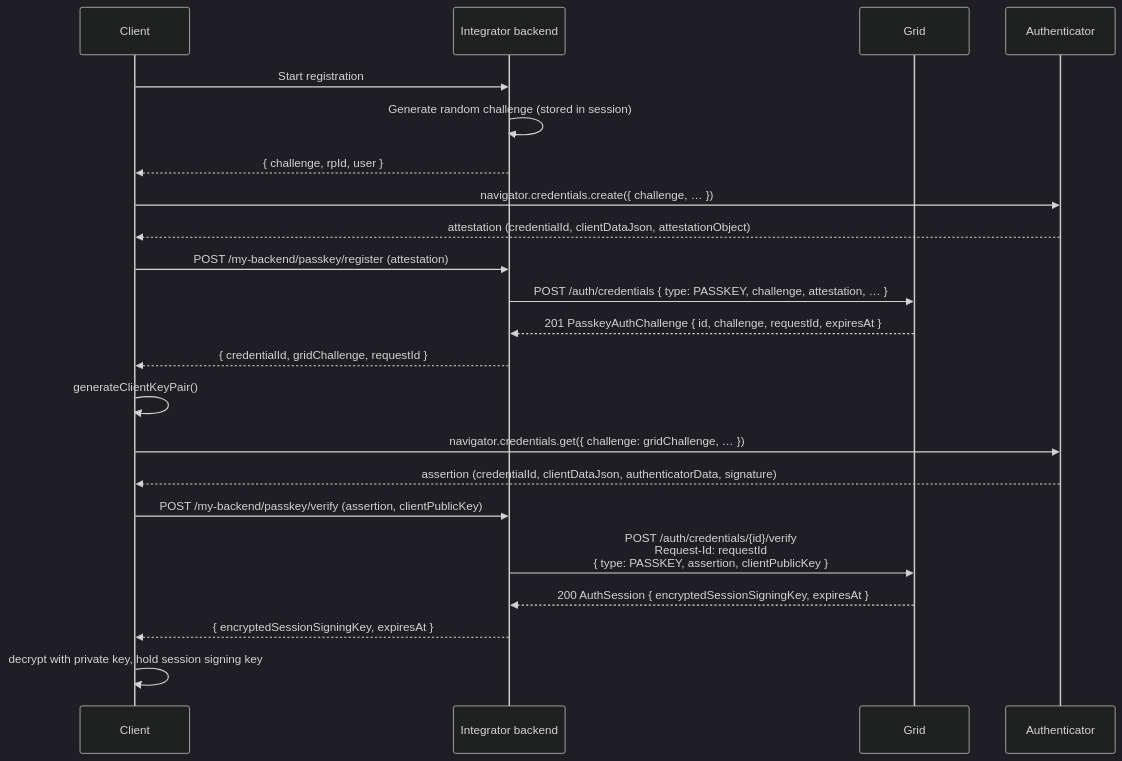
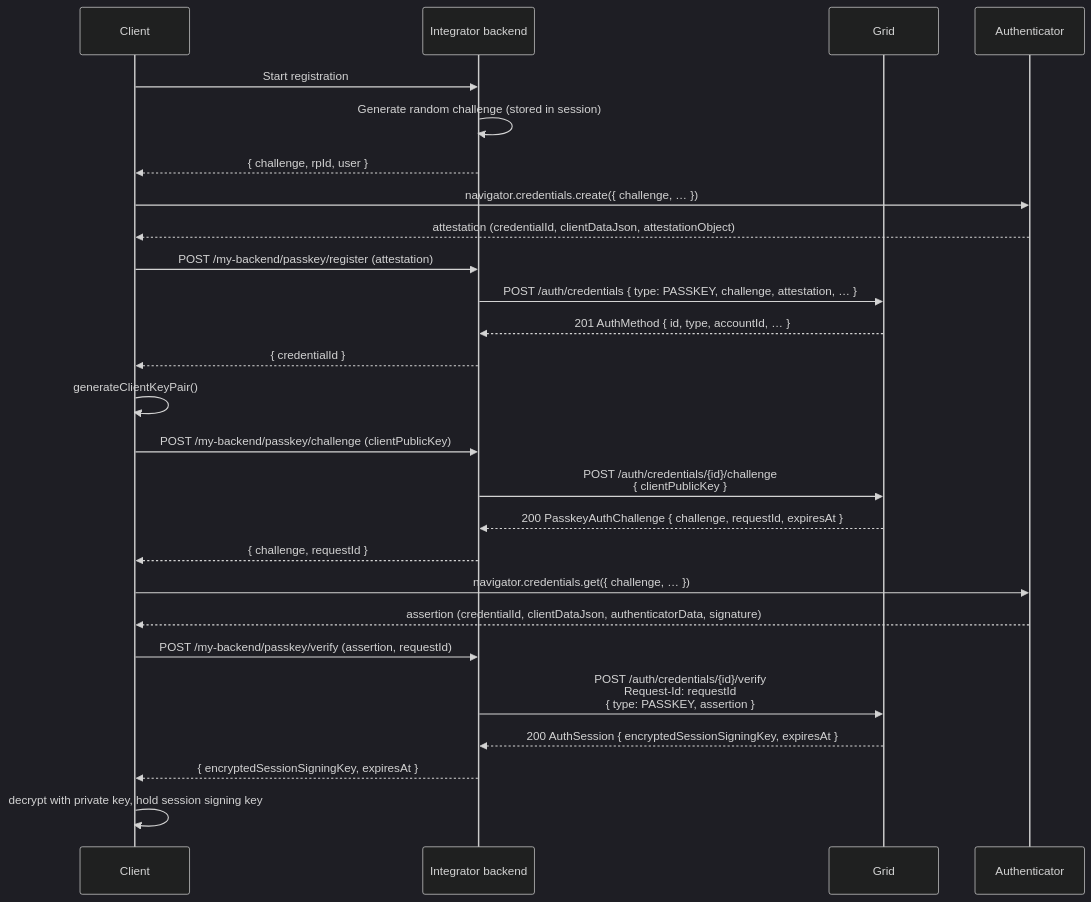
One commit to lightsparkdev/grid-api changed the first of 5 diagrams in mintlify/snippets/global-accounts/authentication.mdx. Above: the diagram before and after it, drawn with Mermaid (dark theme). The commit also changed other lines of this file and 3 other files, not shown here.

````diff
--- a/mintlify/snippets/global-accounts/authentication.mdx
+++ b/mintlify/snippets/global-accounts/authentication.mdx
@@ -26,25 +30,29 @@
 ```mermaid
 sequenceDiagram
   participant C as Client
   participant IB as Integrator backend
   participant G as Grid
   participant A as Authenticator
 
   C->>IB: Start registration
   IB->>IB: Generate random challenge (stored in session)
   IB-->>C: { challenge, rpId, user }
   C->>A: navigator.credentials.create({ challenge, … })
   A-->>C: attestation (credentialId, clientDataJson, attestationObject)
   C->>IB: POST /my-backend/passkey/register (attestation)
   IB->>G: POST /auth/credentials { type: PASSKEY, challenge, attestation, … }
-  G-->>IB: 201 PasskeyAuthChallenge { id, challenge, requestId, expiresAt }
-  IB-->>C: { credentialId, gridChallenge, requestId }
+  G-->>IB: 201 AuthMethod { id, type, accountId, … }
+  IB-->>C: { credentialId }
   C->>C: generateClientKeyPair()
-  C->>A: navigator.credentials.get({ challenge: gridChallenge, … })
+  C->>IB: POST /my-backend/passkey/challenge (clientPublicKey)
+  IB->>G: POST /auth/credentials/{id}/challenge<br/>{ clientPublicKey }
+  G-->>IB: 200 PasskeyAuthChallenge { challenge, requestId, expiresAt }
+  IB-->>C: { challenge, requestId }
+  C->>A: navigator.credentials.get({ challenge, … })
   A-->>C: assertion (credentialId, clientDataJson, authenticatorData, signature)
-  C->>IB: POST /my-backend/passkey/verify (assertion, clientPublicKey)
-  IB->>G: POST /auth/credentials/{id}/verify<br/>Request-Id: requestId<br/>{ type: PASSKEY, assertion, clientPublicKey }
+  C->>IB: POST /my-backend/passkey/verify (assertion, requestId)
+  IB->>G: POST /auth/credentials/{id}/verify<br/>Request-Id: requestId<br/>{ type: PASSKEY, assertion }
   G-->>IB: 200 AuthSession { encryptedSessionSigningKey, expiresAt }
   IB-->>C: { encryptedSessionSigningKey, expiresAt }
   C->>C: decrypt with private key, hold session signing key
 ```
````
